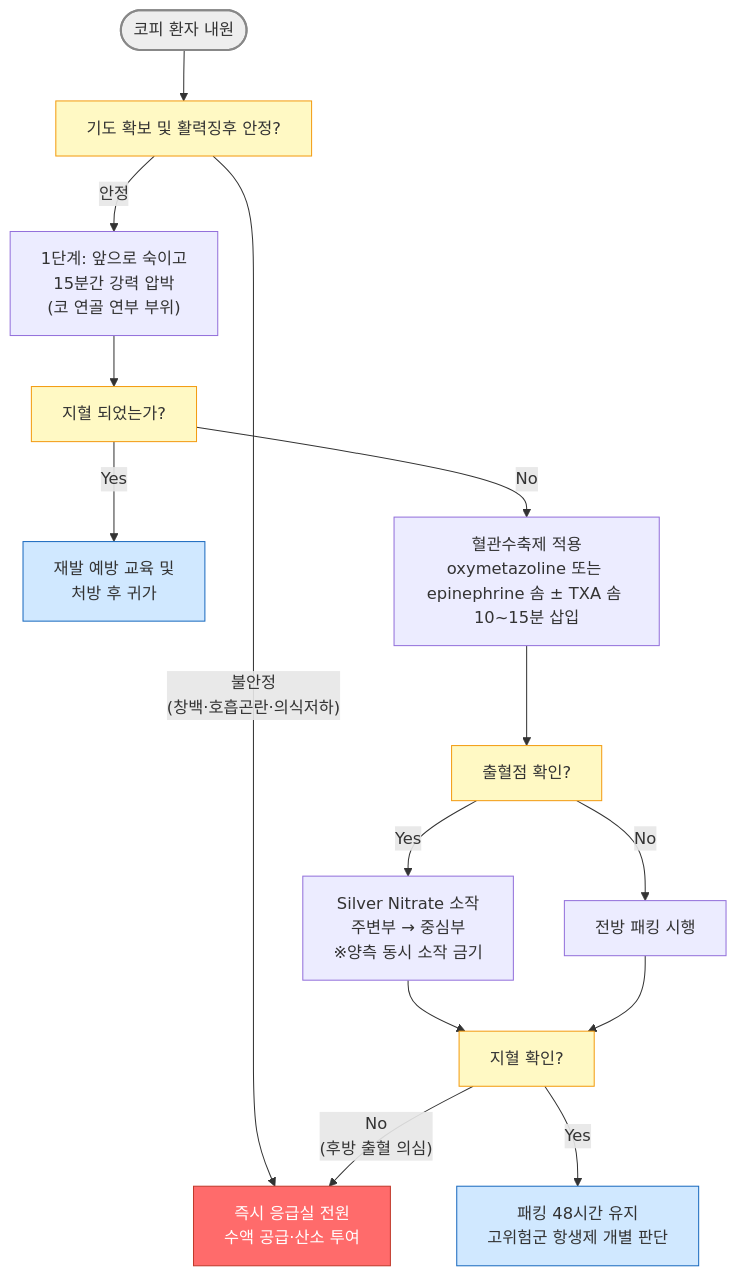
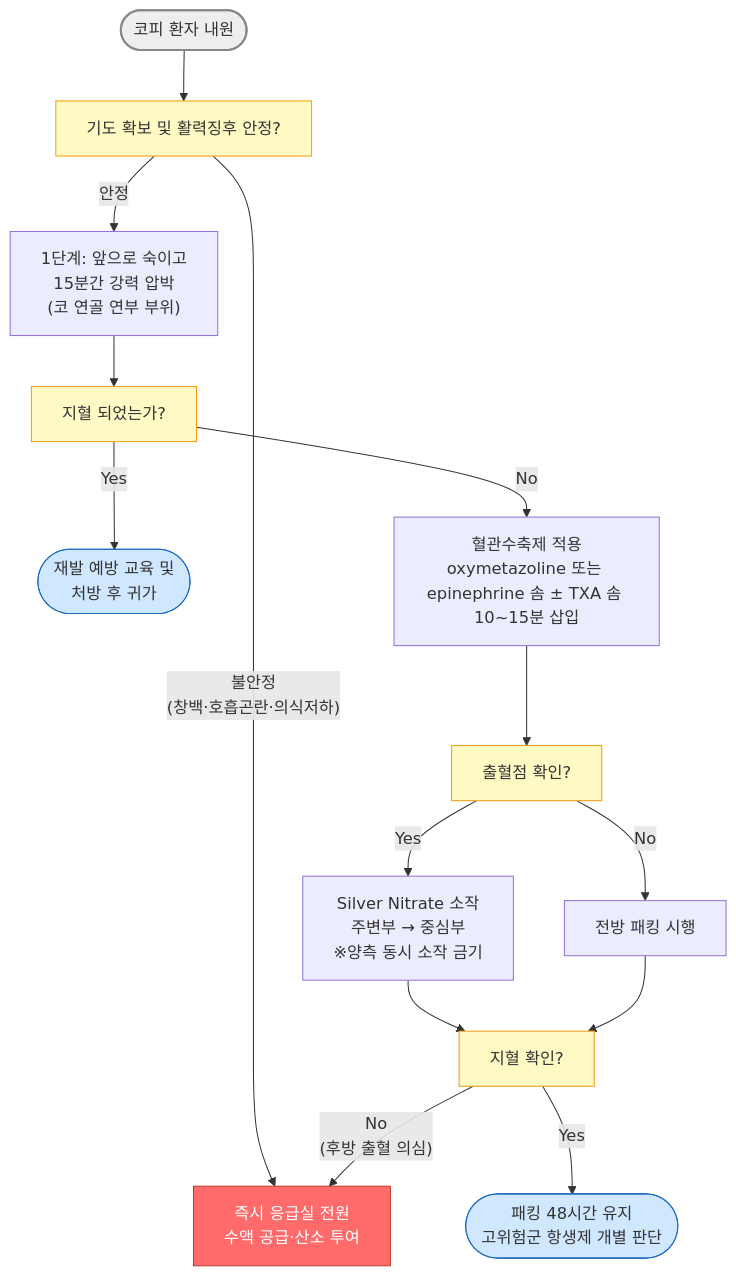
The diagram in 222_/050_-epistaxis.md (familyoh77/familyoh77), drawn with Mermaid before and after one commit. The commit also changed 2 other files, not shown here.

Commit message:
GITBOOK-778: No subject

````diff
--- a/222_/050_-epistaxis.md
+++ b/222_/050_-epistaxis.md
@@ -188,30 +188,24 @@
 ```mermaid
 graph TD
     A(["코피 환자 내원"]) --> B["기도 확보 및 활력징후 안정?"] 
     B -- "불안정
     (창백·호흡곤란·의식저하)" --> C["즉시 응급실 전원<br/>수액 공급·산소 투여"]
-    B -- "안정" --> D["1단계: 앞으로 숙이고 
-    15분간 강력 압박
-    (코 연골 연부 부위)"]
+    B -- "안정" --> D["1단계: 앞으로 숙이고 <br/>15분간 강력 압박<br/>(코 연골 연부 부위)"]
     D --> E["지혈 되었는가?"]
-    E -- "Yes" --> F["재발 예방 교육 및 
-    처방 후 귀가"]
+    E -- "Yes" --> F(["재발 예방 교육 및 <br/>처방 후 귀가"])
     E -- "No" --> G["혈관수축제 적용\noxymetazoline 또는 epinephrine 솜 ± TXA 솜 10~15분 삽입"]
     G --> H["출혈점 확인?"]
-    H -- "Yes" --> I["Silver Nitrate 소작
-    주변부 → 중심부
-    ※양측 동시 소작 금기"]
+    H -- "Yes" --> I["Silver Nitrate 소작<br/>주변부 → 중심부<br/>※양측 동시 소작 금기"]
     H -- "No" --> J["전방 패킹 시행"]
     I --> J2["지혈 확인?"]
     J --> J2
-    J2 -- "Yes" --> K["패킹 48시간 유지
-    고위험군 항생제 개별 판단"]
+    J2 -- "Yes" --> K(["패킹 48시간 유지<br/>고위험군 항생제 개별 판단"])
     J2 -- "No\n(후방 출혈 의심)" --> C
 
     style A fill:#eeeeee,stroke:#888888,stroke-width:2px
     style C fill:#ff6b6b,stroke:#c0392b,color:#fff
     style F fill:#d0e8ff,stroke:#1a6abf
     style K fill:#d0e8ff,stroke:#1a6abf    
     classDef yellow fill:#fff9c4,stroke:#f39c12
     class B,E,H,J2 yellow
 ```
````
